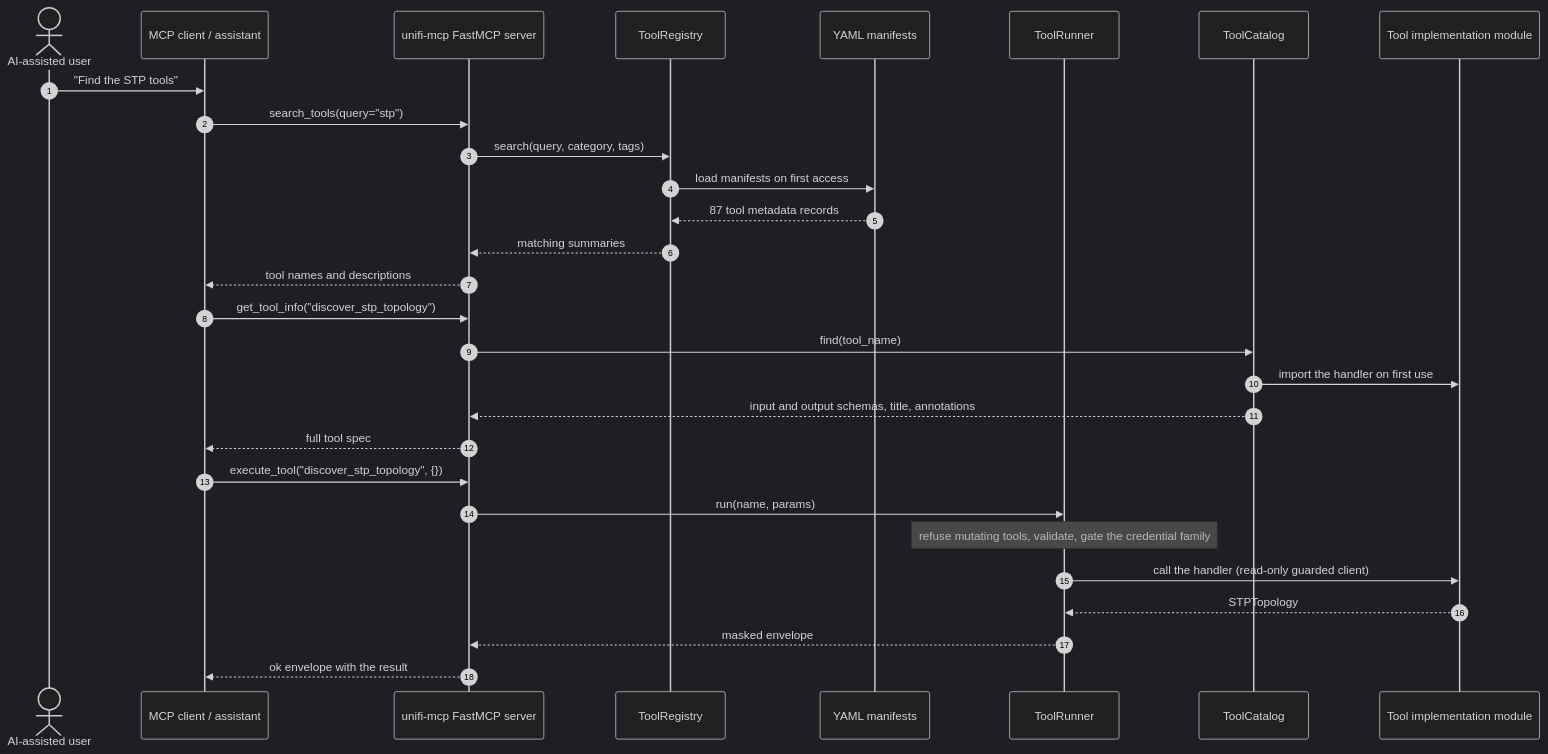
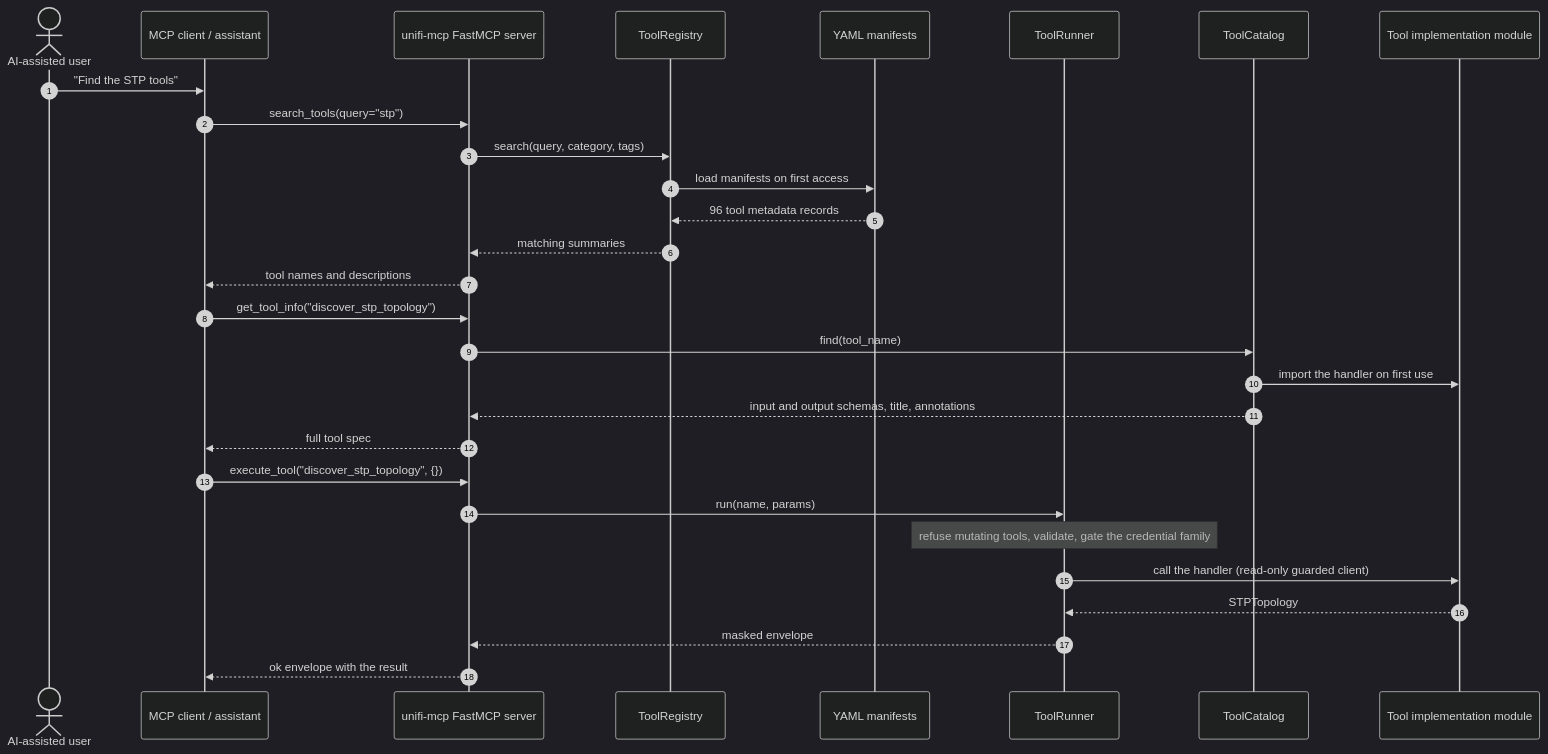
Diagram 26 of 26 in docs/architecture/c4-architecture.md (NetDevAutomate/unifi_management_cli), drawn with Mermaid (dark theme) before and after one commit. The commit also changed other lines of this file and 35 other files, not shown here.

````diff
--- a/docs/architecture/c4-architecture.md
+++ b/docs/architecture/c4-architecture.md
@@ -1271,32 +1271,32 @@
 ```mermaid
 sequenceDiagram
     autonumber
     actor User as AI-assisted user
     participant Assistant as MCP client / assistant
     participant Server as unifi-mcp FastMCP server
     participant Registry as ToolRegistry
     participant Manifest as YAML manifests
     participant Runner as ToolRunner
     participant Catalog as ToolCatalog
     participant Tool as Tool implementation module
 
     User->>Assistant: "Find the STP tools"
     Assistant->>Server: search_tools(query="stp")
     Server->>Registry: search(query, category, tags)
     Registry->>Manifest: load manifests on first access
-    Manifest-->>Registry: 87 tool metadata records
+    Manifest-->>Registry: 96 tool metadata records
     Registry-->>Server: matching summaries
     Server-->>Assistant: tool names and descriptions
     Assistant->>Server: get_tool_info("discover_stp_topology")
     Server->>Catalog: find(tool_name)
     Catalog->>Tool: import the handler on first use
     Catalog-->>Server: input and output schemas, title, annotations
     Server-->>Assistant: full tool spec
     Assistant->>Server: execute_tool("discover_stp_topology", {})
     Server->>Runner: run(name, params)
     Note over Runner: refuse mutating tools, validate, gate the credential family
     Runner->>Tool: call the handler (read-only guarded client)
     Tool-->>Runner: STPTopology
     Runner-->>Server: masked envelope
     Server-->>Assistant: ok envelope with the result
 ```
````
